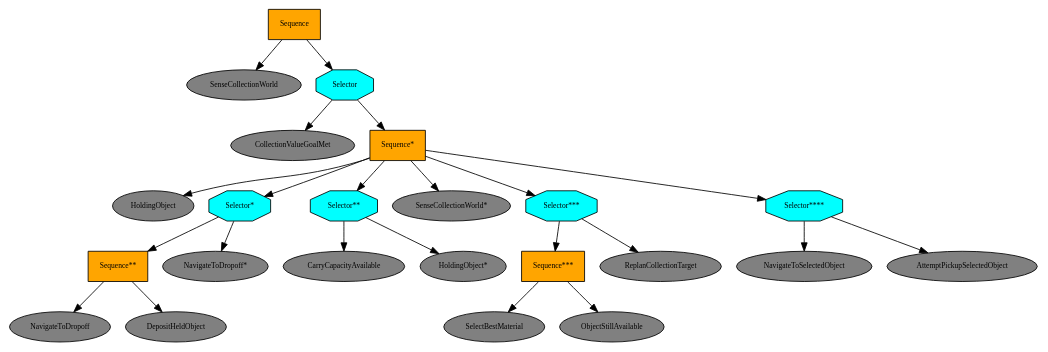
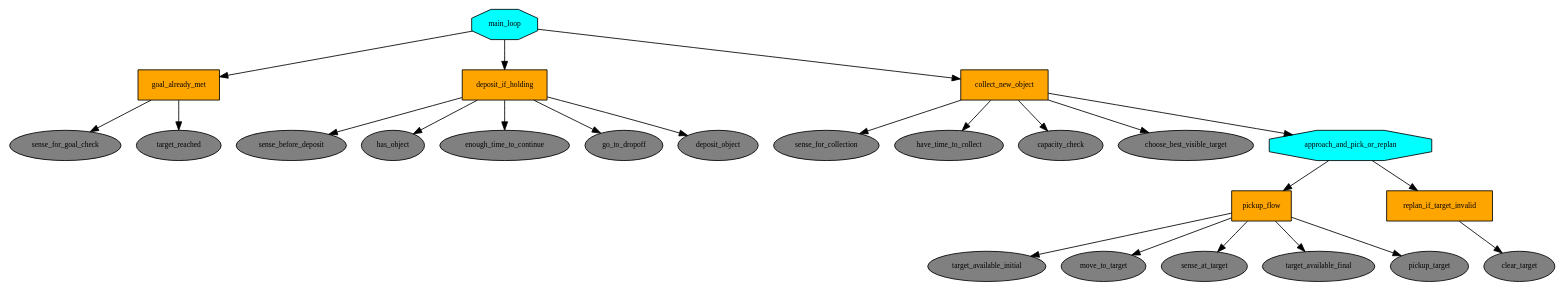
Before and after one commit to bkemp3/AgenticAI-Final-Project-Sandbox: the diagram in Test_Env_1/outputs/collection_llm_runs/trees/maximize_collection_value.dot, drawn with Graphviz. The commit also changed 13 other files, not shown here.

```diff
--- a/Test_Env_1/outputs/collection_llm_runs/trees/maximize_collection_value.dot
+++ b/Test_Env_1/outputs/collection_llm_runs/trees/maximize_collection_value.dot
@@ -1,51 +1,53 @@
 digraph pastafarianism {
 ordering=out;
 graph [fontname="times-roman"];
 node [fontname="times-roman"];
 edge [fontname="times-roman"];
-Sequence [label=Sequence, shape=box, style=filled, fillcolor=orange, fontsize=9, fontcolor=black];
-SenseCollectionWorld [label=SenseCollectionWorld, shape=ellipse, style=filled, fillcolor=gray, fontsize=9, fontcolor=black];
-Sequence -> SenseCollectionWorld;
-Selector [label=Selector, shape=octagon, style=filled, fillcolor=cyan, fontsize=9, fontcolor=black];
-Sequence -> Selector;
-CollectionValueGoalMet [label=CollectionValueGoalMet, shape=ellipse, style=filled, fillcolor=gray, fontsize=9, fontcolor=black];
-Selector -> CollectionValueGoalMet;
-"Sequence*" [label="Sequence*", shape=box, style=filled, fillcolor=orange, fontsize=9, fontcolor=black];
-Selector -> "Sequence*";
-HoldingObject [label=HoldingObject, shape=ellipse, style=filled, fillcolor=gray, fontsize=9, fontcolor=black];
-"Sequence*" -> HoldingObject;
-"Selector*" [label="Selector*", shape=octagon, style=filled, fillcolor=cyan, fontsize=9, fontcolor=black];
-"Sequence*" -> "Selector*";
-"Sequence**" [label="Sequence**", shape=box, style=filled, fillcolor=orange, fontsize=9, fontcolor=black];
-"Selector*" -> "Sequence**";
-NavigateToDropoff [label=NavigateToDropoff, shape=ellipse, style=filled, fillcolor=gray, fontsize=9, fontcolor=black];
-"Sequence**" -> NavigateToDropoff;
-DepositHeldObject [label=DepositHeldObject, shape=ellipse, style=filled, fillcolor=gray, fontsize=9, fontcolor=black];
-"Sequence**" -> DepositHeldObject;
-"NavigateToDropoff*" [label="NavigateToDropoff*", shape=ellipse, style=filled, fillcolor=gray, fontsize=9, fontcolor=black];
-"Selector*" -> "NavigateToDropoff*";
-"Selector**" [label="Selector**", shape=octagon, style=filled, fillcolor=cyan, fontsize=9, fontcolor=black];
-"Sequence*" -> "Selector**";
-CarryCapacityAvailable [label=CarryCapacityAvailable, shape=ellipse, style=filled, fillcolor=gray, fontsize=9, fontcolor=black];
-"Selector**" -> CarryCapacityAvailable;
-"HoldingObject*" [label="HoldingObject*", shape=ellipse, style=filled, fillcolor=gray, fontsize=9, fontcolor=black];
-"Selector**" -> "HoldingObject*";
-"SenseCollectionWorld*" [label="SenseCollectionWorld*", shape=ellipse, style=filled, fillcolor=gray, fontsize=9, fontcolor=black];
-"Sequence*" -> "SenseCollectionWorld*";
-"Selector***" [label="Selector***", shape=octagon, style=filled, fillcolor=cyan, fontsize=9, fontcolor=black];
-"Sequence*" -> "Selector***";
-"Sequence***" [label="Sequence***", shape=box, style=filled, fillcolor=orange, fontsize=9, fontcolor=black];
-"Selector***" -> "Sequence***";
-SelectBestMaterial [label=SelectBestMaterial, shape=ellipse, style=filled, fillcolor=gray, fontsize=9, fontcolor=black];
-"Sequence***" -> SelectBestMaterial;
-ObjectStillAvailable [label=ObjectStillAvailable, shape=ellipse, style=filled, fillcolor=gray, fontsize=9, fontcolor=black];
-"Sequence***" -> ObjectStillAvailable;
-ReplanCollectionTarget [label=ReplanCollectionTarget, shape=ellipse, style=filled, fillcolor=gray, fontsize=9, fontcolor=black];
-"Selector***" -> ReplanCollectionTarget;
-"Selector****" [label="Selector****", shape=octagon, style=filled, fillcolor=cyan, fontsize=9, fontcolor=black];
-"Sequence*" -> "Selector****";
-NavigateToSelectedObject [label=NavigateToSelectedObject, shape=ellipse, style=filled, fillcolor=gray, fontsize=9, fontcolor=black];
-"Selector****" -> NavigateToSelectedObject;
-AttemptPickupSelectedObject [label=AttemptPickupSelectedObject, shape=ellipse, style=filled, fillcolor=gray, fontsize=9, fontcolor=black];
-"Selector****" -> AttemptPickupSelectedObject;
+main_loop [label="main_loop", shape=octagon, style=filled, fillcolor=cyan, fontsize=9, fontcolor=black];
+goal_already_met [label="goal_already_met", shape=box, style=filled, fillcolor=orange, fontsize=9, fontcolor=black];
+main_loop -> goal_already_met;
+sense_for_goal_check [label="sense_for_goal_check", shape=ellipse, style=filled, fillcolor=gray, fontsize=9, fontcolor=black];
+goal_already_met -> sense_for_goal_check;
+target_reached [label="target_reached", shape=ellipse, style=filled, fillcolor=gray, fontsize=9, fontcolor=black];
+goal_already_met -> target_reached;
+deposit_if_holding [label="deposit_if_holding", shape=box, style=filled, fillcolor=orange, fontsize=9, fontcolor=black];
+main_loop -> deposit_if_holding;
+sense_before_deposit [label="sense_before_deposit", shape=ellipse, style=filled, fillcolor=gray, fontsize=9, fontcolor=black];
+deposit_if_holding -> sense_before_deposit;
+has_object [label="has_object", shape=ellipse, style=filled, fillcolor=gray, fontsize=9, fontcolor=black];
+deposit_if_holding -> has_object;
+enough_time_to_continue [label="enough_time_to_continue", shape=ellipse, style=filled, fillcolor=gray, fontsize=9, fontcolor=black];
+deposit_if_holding -> enough_time_to_continue;
+go_to_dropoff [label="go_to_dropoff", shape=ellipse, style=filled, fillcolor=gray, fontsize=9, fontcolor=black];
+deposit_if_holding -> go_to_dropoff;
+deposit_object [label="deposit_object", shape=ellipse, style=filled, fillcolor=gray, fontsize=9, fontcolor=black];
+deposit_if_holding -> deposit_object;
+collect_new_object [label="collect_new_object", shape=box, style=filled, fillcolor=orange, fontsize=9, fontcolor=black];
+main_loop -> collect_new_object;
+sense_for_collection [label="sense_for_collection", shape=ellipse, style=filled, fillcolor=gray, fontsize=9, fontcolor=black];
+collect_new_object -> sense_for_collection;
+have_time_to_collect [label="have_time_to_collect", shape=ellipse, style=filled, fillcolor=gray, fontsize=9, fontcolor=black];
+collect_new_object -> have_time_to_collect;
+capacity_check [label="capacity_check", shape=ellipse, style=filled, fillcolor=gray, fontsize=9, fontcolor=black];
+collect_new_object -> capacity_check;
+choose_best_visible_target [label="choose_best_visible_target", shape=ellipse, style=filled, fillcolor=gray, fontsize=9, fontcolor=black];
+collect_new_object -> choose_best_visible_target;
+approach_and_pick_or_replan [label="approach_and_pick_or_replan", shape=octagon, style=filled, fillcolor=cyan, fontsize=9, fontcolor=black];
+collect_new_object -> approach_and_pick_or_replan;
+pickup_flow [label="pickup_flow", shape=box, style=filled, fillcolor=orange, fontsize=9, fontcolor=black];
+approach_and_pick_or_replan -> pickup_flow;
+target_available_initial [label="target_available_initial", shape=ellipse, style=filled, fillcolor=gray, fontsize=9, fontcolor=black];
+pickup_flow -> target_available_initial;
+move_to_target [label="move_to_target", shape=ellipse, style=filled, fillcolor=gray, fontsize=9, fontcolor=black];
+pickup_flow -> move_to_target;
+sense_at_target [label="sense_at_target", shape=ellipse, style=filled, fillcolor=gray, fontsize=9, fontcolor=black];
+pickup_flow -> sense_at_target;
+target_available_final [label="target_available_final", shape=ellipse, style=filled, fillcolor=gray, fontsize=9, fontcolor=black];
+pickup_flow -> target_available_final;
+pickup_target [label="pickup_target", shape=ellipse, style=filled, fillcolor=gray, fontsize=9, fontcolor=black];
+pickup_flow -> pickup_target;
+replan_if_target_invalid [label="replan_if_target_invalid", shape=box, style=filled, fillcolor=orange, fontsize=9, fontcolor=black];
+approach_and_pick_or_replan -> replan_if_target_invalid;
+clear_target [label="clear_target", shape=ellipse, style=filled, fillcolor=gray, fontsize=9, fontcolor=black];
+replan_if_target_invalid -> clear_target;
 }
```
